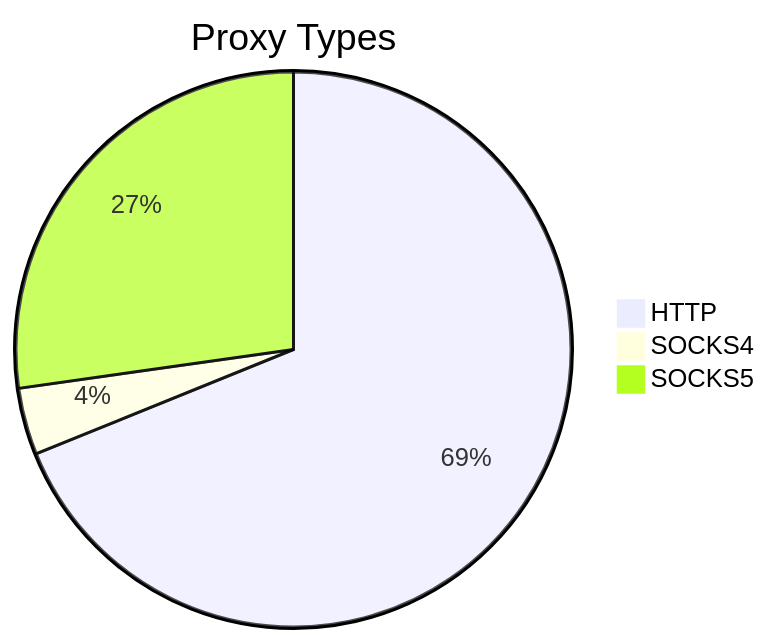
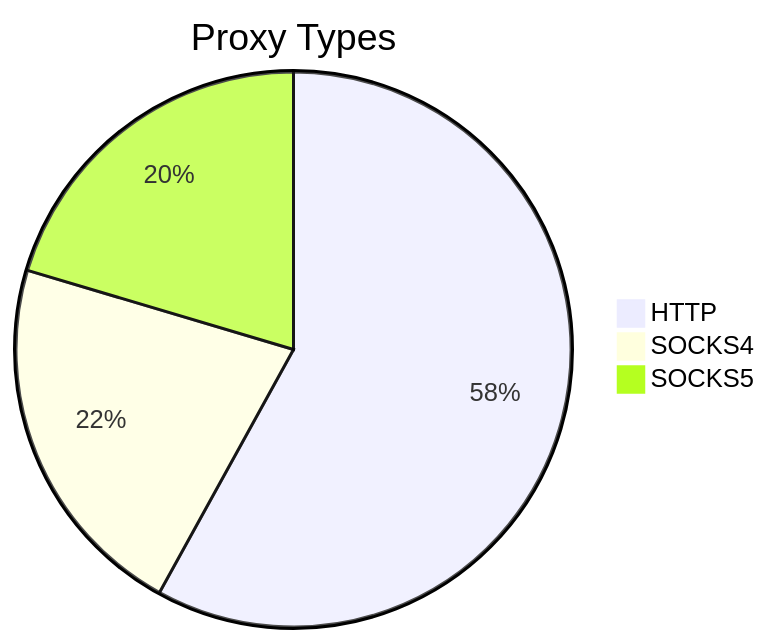
One commit to stormsia/proxy-list changed the first of 2 diagrams in README.md. Above: the diagram before and after it, drawn with Mermaid. The commit also changed other lines of this file, not shown here.

````diff
--- a/README.md
+++ b/README.md
@@ -21,6 +21,6 @@
 ```mermaid
 pie title Proxy Types
-    "HTTP" : 177
-    "SOCKS4" : 10
-    "SOCKS5" : 70
+    "HTTP" : 293
+    "SOCKS4" : 109
+    "SOCKS5" : 103
 ```
````
